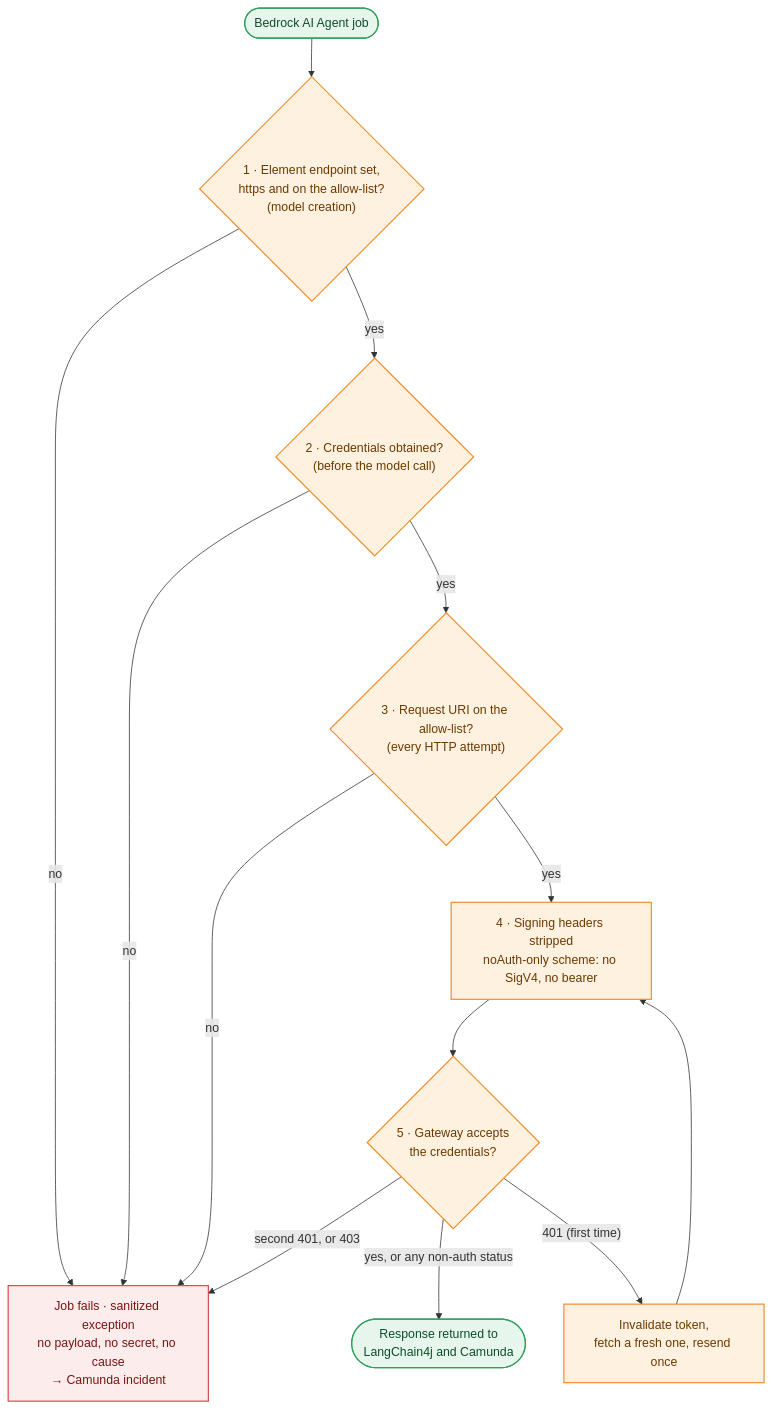
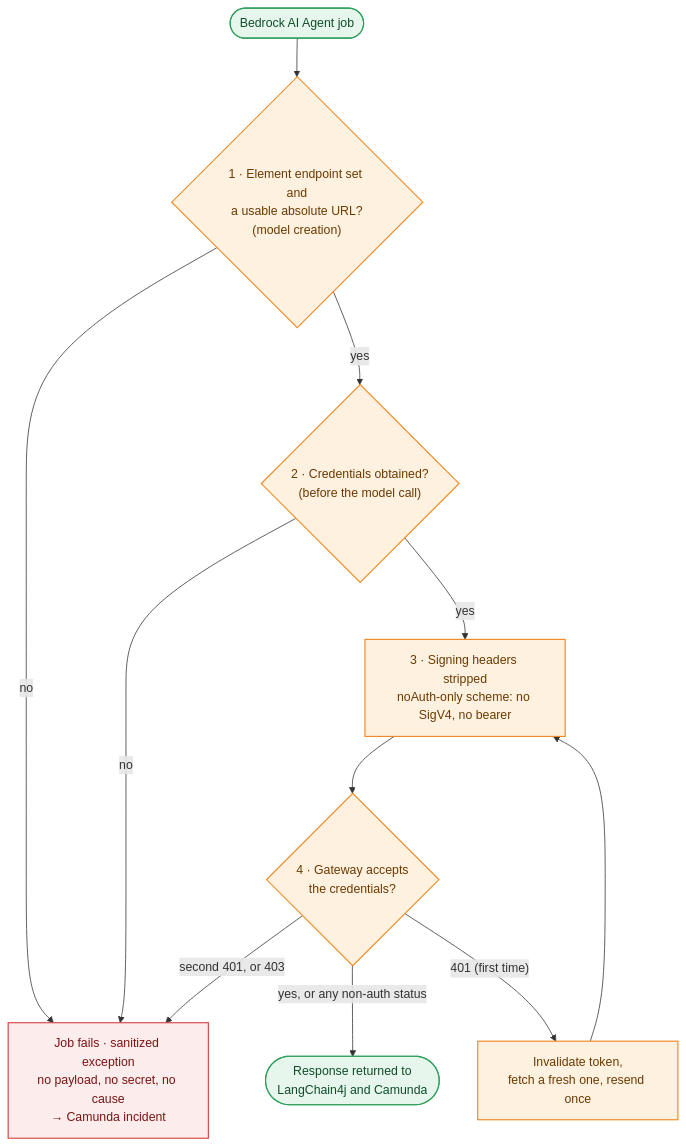
Before and after one commit to pranaykatariya/camunda-custom-bedrock-connector: the second of 3 diagrams in docs/SECURITY.md, drawn with Mermaid. The commit also changed other lines of this file and 25 other files, not shown here.

Commit message:
removed allowed list to pass any gateway endpoint

````diff
--- a/docs/SECURITY.md
+++ b/docs/SECURITY.md
@@ -61,30 +64,27 @@
 ```mermaid
 flowchart TD
     start(["Bedrock AI Agent job"])
-    c1{"1 · Element endpoint set,<br/>https and on the allow-list?<br/>(model creation)"}
+    c1{"1 · Element endpoint set and<br/>a usable absolute URL?<br/>(model creation)"}
     c2{"2 · Credentials obtained?<br/>(before the model call)"}
-    c3{"3 · Request URI on the allow-list?<br/>(every HTTP attempt)"}
-    c4["4 · Signing headers stripped<br/>noAuth-only scheme: no SigV4, no bearer"]
-    c5{"5 · Gateway accepts<br/>the credentials?"}
+    c4["3 · Signing headers stripped<br/>noAuth-only scheme: no SigV4, no bearer"]
+    c5{"4 · Gateway accepts<br/>the credentials?"}
     retry["Invalidate token,<br/>fetch a fresh one, resend once"]
     ok(["Response returned to<br/>LangChain4j and Camunda"])
     fail["Job fails · sanitized exception<br/>no payload, no secret, no cause<br/>→ Camunda incident"]
 
     start --> c1
     c1 -- "no" --> fail
     c1 -- "yes" --> c2
     c2 -- "no" --> fail
-    c2 -- "yes" --> c3
-    c3 -- "no" --> fail
-    c3 -- "yes" --> c4 --> c5
+    c2 -- "yes" --> c4 --> c5
     c5 -- "yes, or any non-auth status" --> ok
     c5 -- "401 (first time)" --> retry --> c4
     c5 -- "second 401, or 403" --> fail
 
     classDef ours fill:#FFF1E0,stroke:#F08A24,stroke-width:1.5px,color:#6B3A00
     classDef ext fill:#E6F6EC,stroke:#2E9E5B,stroke-width:1.5px,color:#0F4D2A
     classDef bad fill:#FDECEC,stroke:#D64545,stroke-width:1.5px,color:#7A1414
-    class c1,c2,c3,c4,c5,retry ours
+    class c1,c2,c4,c5,retry ours
     class start,ok ext
     class fail bad
 ```
````
